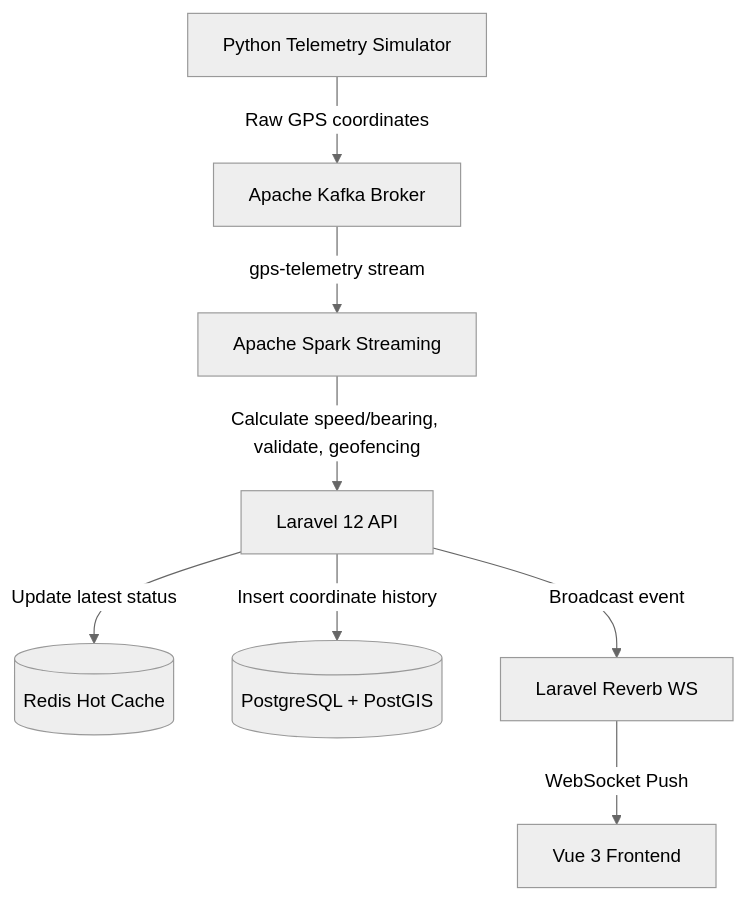
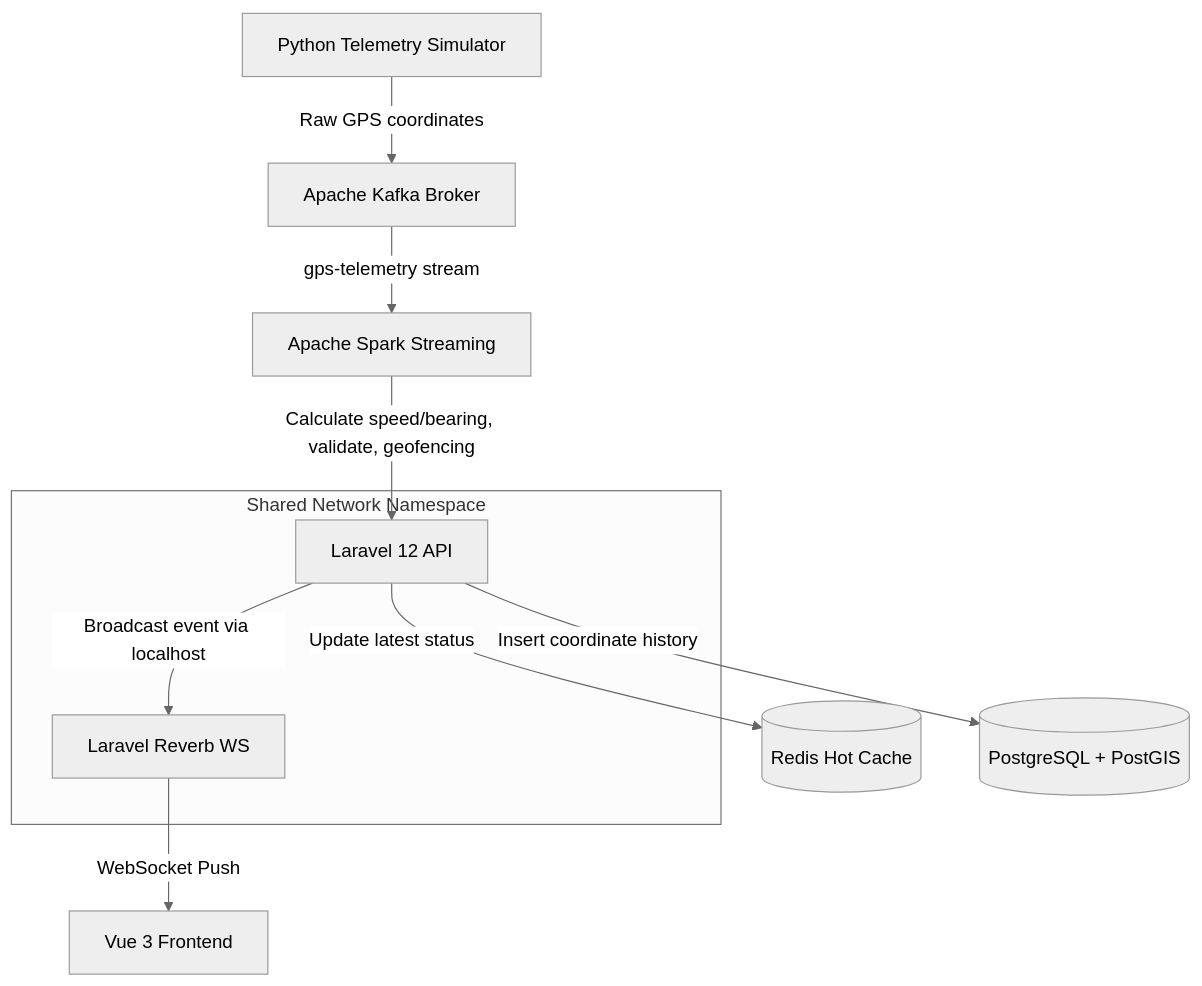
One commit to SadeepSachintha/Courier-Radar changed the diagram in README.md. Above: the diagram before and after it, drawn with Mermaid (neutral theme). The commit also changed other lines of this file and 1 other file, not shown here.

Commit message:
docs: update documentation to reflect optimized network architecture and PHP OPcache implementation

````diff
--- a/README.md
+++ b/README.md
@@ -9,10 +9,12 @@
 ```mermaid
 graph TD
     Simulator[Python Telemetry Simulator] -->|Raw GPS coordinates| Kafka[Apache Kafka Broker]
     Kafka -->|gps-telemetry stream| Spark[Apache Spark Streaming]
     Spark -->|Calculate speed/bearing, validate, geofencing| Laravel[Laravel 12 API]
+    subgraph Shared Network Namespace
+        Laravel -->|Broadcast event via localhost| Reverb[Laravel Reverb WS]
+    end
     Laravel -->|Update latest status| Redis[(Redis Hot Cache)]
     Laravel -->|Insert coordinate history| PostGIS[(PostgreSQL + PostGIS)]
-    Laravel -->|Broadcast event| Reverb[Laravel Reverb WS]
     Reverb -->|WebSocket Push| Vue[Vue 3 Frontend]
 ```
````
